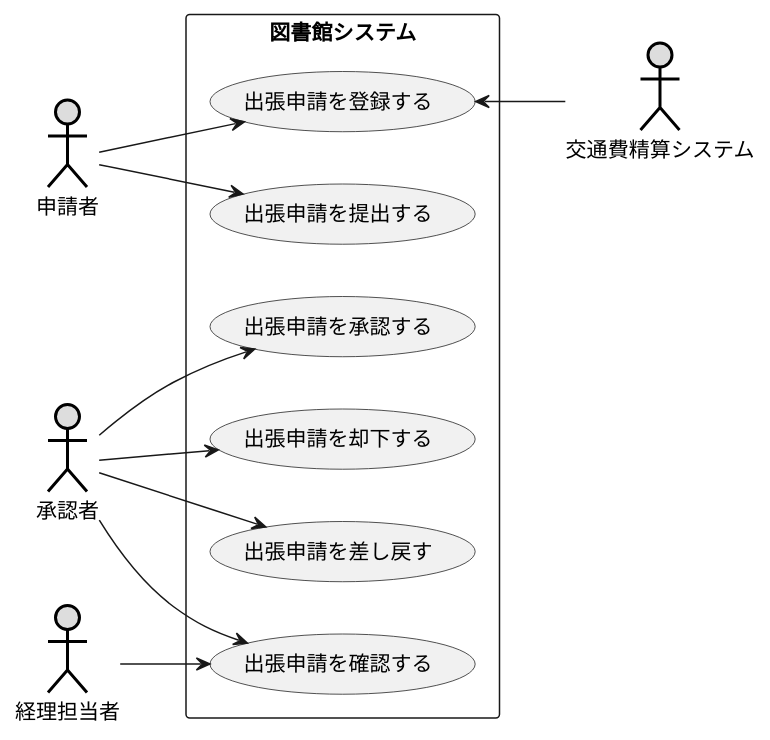
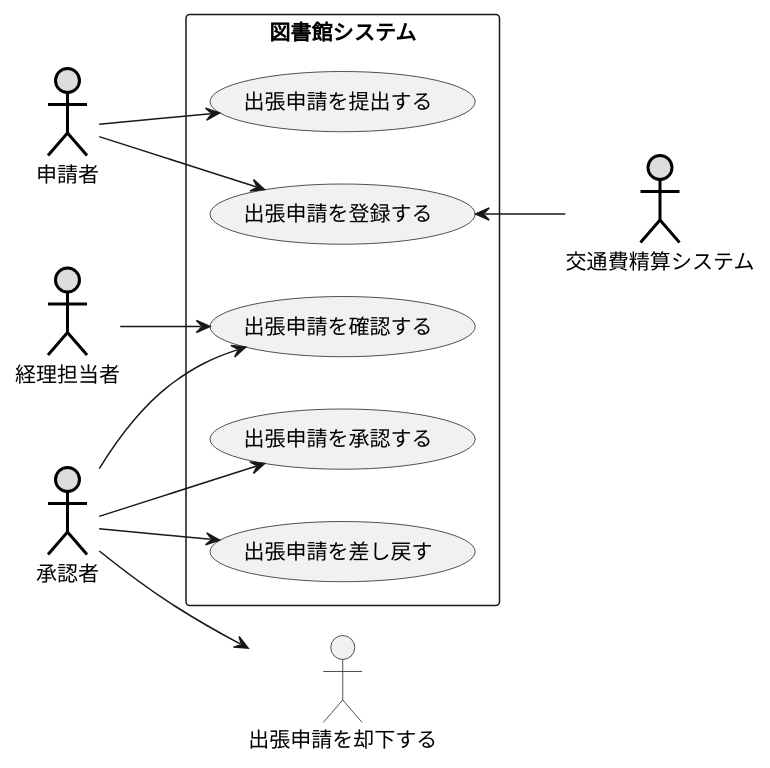
Before and after one commit to seyakatekudouu/UML_Introduction: the diagram in 演習2-1_UM_出張管理システム.pu, drawn with PlantUML. The commit also changed 5 other files, not shown here.

```diff
--- a/演習2-1_UM_出張管理システム.pu
+++ b/演習2-1_UM_出張管理システム.pu
@@ -1,25 +1,24 @@
 @startuml 演習2-1
 left to right direction
 actor 申請者#DDDDDD;line:black;line.bold;
 actor 交通費精算システム#DDDDDD;line:black;line.bold;
 actor 承認者#DDDDDD;line:black;line.bold;
 actor 経理担当者#DDDDDD;line:black;line.bold;
 rectangle 図書館システム {
 usecase 出張申請を登録する 
 usecase 出張申請を提出する
 usecase 出張申請を承認する
-usecase 出張申請を却下する
 usecase 出張申請を差し戻す
 usecase 出張申請を確認する
 }
 申請者--> 出張申請を登録する 
 申請者--> 出張申請を提出する
 承認者--> 出張申請を承認する
 承認者--> 出張申請を却下する
 承認者--> 出張申請を差し戻す
 承認者--> 出張申請を確認する
 経理担当者--> 出張申請を確認する
 
 
 出張申請を登録する <-- 交通費精算システム 
 @enduml
```
